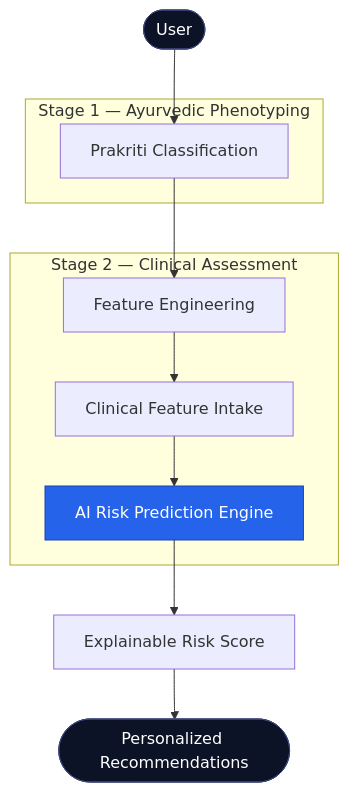
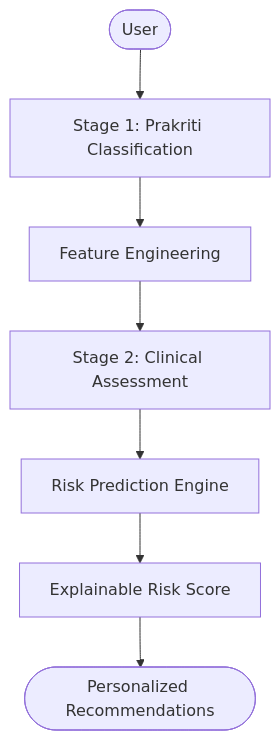
One commit to Avgohil/fusion-care-alzheimer-ml changed the second of 9 diagrams in README.md. Above: the diagram before and after it, drawn with Mermaid. The commit also changed other lines of this file, not shown here.

````diff
--- a/README.md
+++ b/README.md
@@ -189,22 +137,9 @@
 ```mermaid
 flowchart TD
-    U([User]) --> S1
-
-    subgraph Stage1 ["Stage 1 — Ayurvedic Phenotyping"]
-        S1[Prakriti Classification]
-    end
-
+    U([User]) --> S1[Stage 1: Prakriti Classification]
     S1 --> FE[Feature Engineering]
-
-    subgraph Stage2 ["Stage 2 — Clinical Assessment"]
-        FE --> CA[Clinical Feature Intake]
-        CA --> RPE[AI Risk Prediction Engine]
-    end
-
+    FE --> S2[Stage 2: Clinical Assessment]
+    S2 --> RPE[Risk Prediction Engine]
     RPE --> ERS[Explainable Risk Score]
     ERS --> REC([Personalized Recommendations])
-
-    style U fill:#0d1326,stroke:#3b4478,color:#fff
-    style REC fill:#0d1326,stroke:#3b4478,color:#fff
-    style RPE fill:#2563eb,stroke:#1e40af,color:#fff
 ```
````
